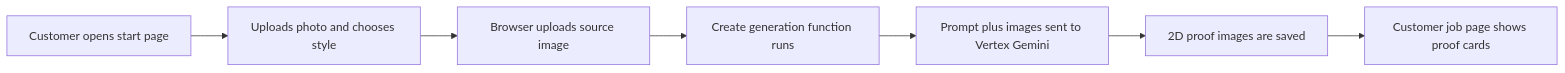
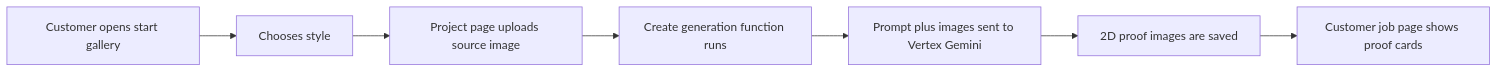
Before and after one commit to KielRN/3dprintposters: the second of 6 diagrams in docs/Workflows/figurine-and-operator-workflows.md, drawn with Mermaid. The commit also changed other lines of this file and 27 other files, not shown here.

````diff
--- a/docs/Workflows/figurine-and-operator-workflows.md
+++ b/docs/Workflows/figurine-and-operator-workflows.md
@@ -88,10 +88,10 @@
 ```mermaid
 %%{init: {"flowchart": {"htmlLabels": false}} }%%
 graph LR
-  A["Customer opens start page"] --> B["Uploads photo and chooses style"]
-  B --> C["Browser uploads source image"]
+  A["Customer opens start gallery"] --> B["Chooses style"]
+  B --> C["Project page uploads source image"]
   C --> D["Create generation function runs"]
   D --> E["Prompt plus images sent to Vertex Gemini"]
   E --> F["2D proof images are saved"]
   F --> G["Customer job page shows proof cards"]
 ```
````
